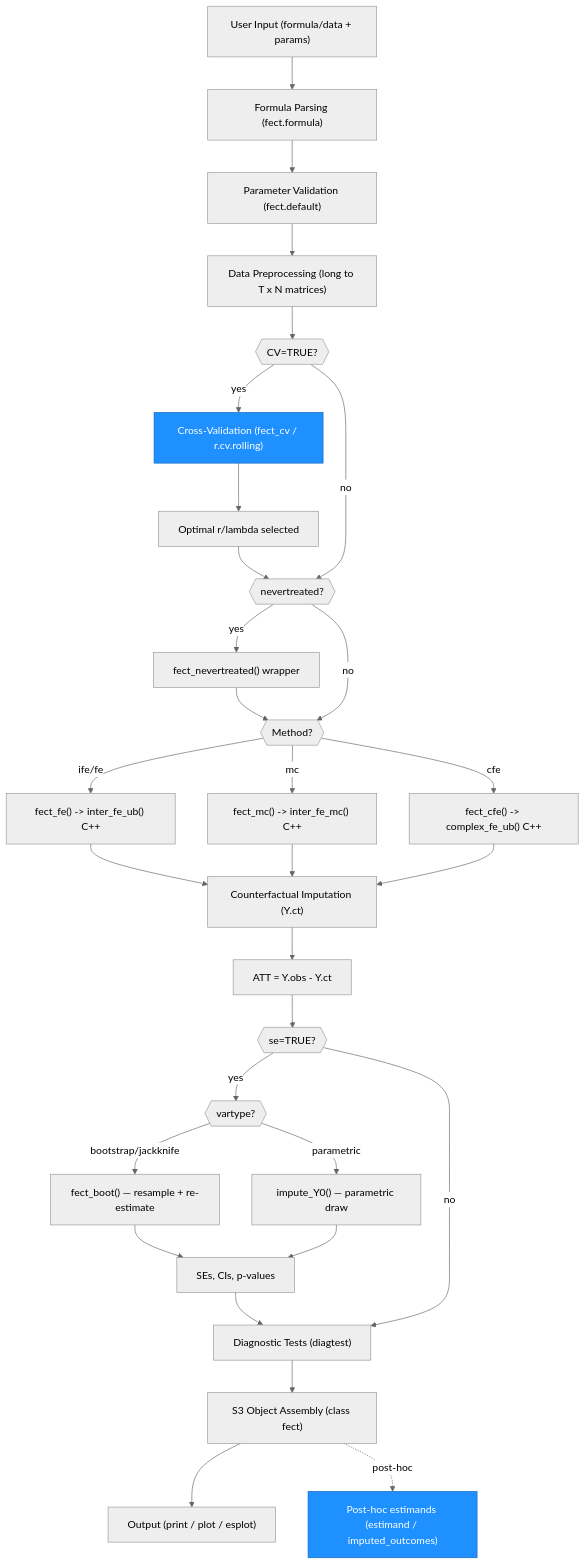
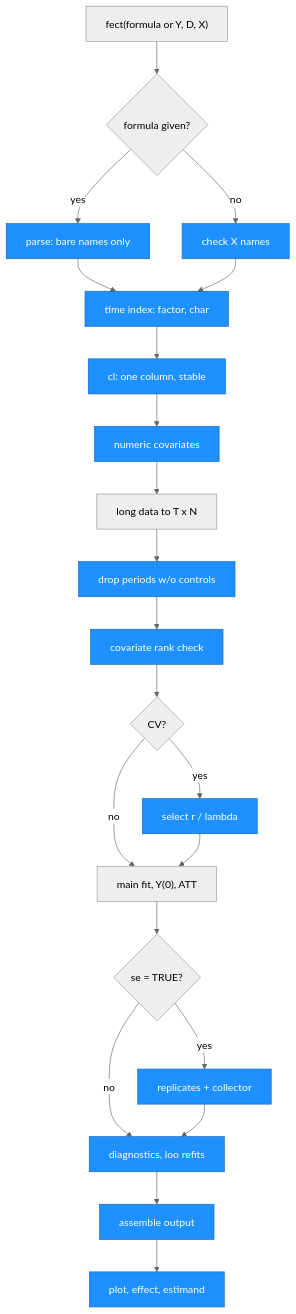
The fifth of 5 diagrams in ARCHITECTURE.md (xuyiqing/fect), drawn with Mermaid before and after one commit. The commit also changed other lines of this file, not shown here.

First line of the commit message:
docs: refresh ARCHITECTURE.md for the 2.4.6 correctness fixes

````diff
--- a/ARCHITECTURE.md
+++ b/ARCHITECTURE.md
@@ -306,61 +374,56 @@
 ```mermaid
 %%{init: {'theme': 'neutral'}}%%
 graph TD
-    IN["User Input (formula/data + params)"]
-    FP["Formula Parsing (fect.formula)"]
-    PV["Parameter Validation (fect.default)"]
-    DP["Data Preprocessing (long to T x N matrices)"]
-    CV{{"CV=TRUE?"}}
-    CVR["Cross-Validation (fect_cv / r.cv.rolling)"]
-    OPT["Optimal r/lambda selected"]
-    NT{{"nevertreated?"}}
-    NTW["fect_nevertreated() wrapper"]
-    MR{{"Method?"}}
-    IFE["fect_fe() -> inter_fe_ub() C++"]
-    MC["fect_mc() -> inter_fe_mc() C++"]
-    CFE["fect_cfe() -> complex_fe_ub() C++"]
-    CI["Counterfactual Imputation (Y.ct)"]
-    ATT["ATT = Y.obs - Y.ct"]
-    SE{{"se=TRUE?"}}
-    VT{{"vartype?"}}
-    BOOT["fect_boot() — resample + re-estimate"]
-    PARA["impute_Y0() — parametric draw"]
-    SECI["SEs, CIs, p-values"]
-    DIAG["Diagnostic Tests (diagtest)"]
-    OBJ["S3 Object Assembly (class fect)"]
-    OUT["Output (print / plot / esplot)"]
-    PE["Post-hoc estimands (estimand / imputed_outcomes)"]
+    IN["fect(formula or Y, D, X)"]
+    FQ{"formula given?"}
+    PF["parse: bare names only"]
+    PX["check X names"]
+    TI["time index: factor, char"]
+    CL["cl: one column, stable"]
+    NC["numeric covariates"]
+    MX["long data to T x N"]
+    DP["drop periods w/o controls"]
+    RK["covariate rank check"]
+    CQ{"CV?"}
+    CVB["select r / lambda"]
+    FIT["main fit, Y(0), ATT"]
+    SQ{"se = TRUE?"}
+    BOOT["replicates + collector"]
+    DG["diagnostics, loo refits"]
+    AS["assemble output"]
+    PH["plot, effect, estimand"]
 
-    style CVR fill:#1e90ff,stroke:#1565c0,color:#fff
-    style PE fill:#1e90ff,stroke:#1565c0,color:#fff
+    IN --> FQ
+    FQ -- yes --> PF
+    FQ -- no --> PX
+    PF --> TI
+    PX --> TI
+    TI --> CL
+    CL --> NC
+    NC --> MX
+    MX --> DP
+    DP --> RK
+    RK --> CQ
+    CQ -- yes --> CVB
+    CQ -- no --> FIT
+    CVB --> FIT
+    FIT --> SQ
+    SQ -- yes --> BOOT
+    SQ -- no --> DG
+    BOOT --> DG
+    DG --> AS
+    AS --> PH
 
-    IN --> FP
-    FP --> PV
-    PV --> DP
-    DP --> CV
-    CV -- yes --> CVR
-    CVR --> OPT
-    OPT --> NT
-    CV -- no --> NT
-    NT -- yes --> NTW
-    NTW --> MR
-    NT -- no --> MR
-    MR -- ife/fe --> IFE
-    MR -- mc --> MC
-    MR -- cfe --> CFE
-    IFE --> CI
-    MC --> CI
-    CFE --> CI
-    CI --> ATT
-    ATT --> SE
-    SE -- yes --> VT
-    VT -- bootstrap/jackknife --> BOOT
-    VT -- parametric --> PARA
-    BOOT --> SECI
-    PARA --> SECI
-    SECI --> DIAG
-    SE -- no --> DIAG
-    DIAG --> OBJ
-    OBJ --> OUT
-    OBJ -.->|"post-hoc"| PE
+    style PF fill:#1e90ff,stroke:#1565c0,color:#fff
+    style PX fill:#1e90ff,stroke:#1565c0,color:#fff
+    style TI fill:#1e90ff,stroke:#1565c0,color:#fff
+    style CL fill:#1e90ff,stroke:#1565c0,color:#fff
+    style NC fill:#1e90ff,stroke:#1565c0,color:#fff
+    style DP fill:#1e90ff,stroke:#1565c0,color:#fff
+    style RK fill:#1e90ff,stroke:#1565c0,color:#fff
+    style CVB fill:#1e90ff,stroke:#1565c0,color:#fff
+    style BOOT fill:#1e90ff,stroke:#1565c0,color:#fff
+    style DG fill:#1e90ff,stroke:#1565c0,color:#fff
+    style AS fill:#1e90ff,stroke:#1565c0,color:#fff
+    style PH fill:#1e90ff,stroke:#1565c0,color:#fff
 ```
````
